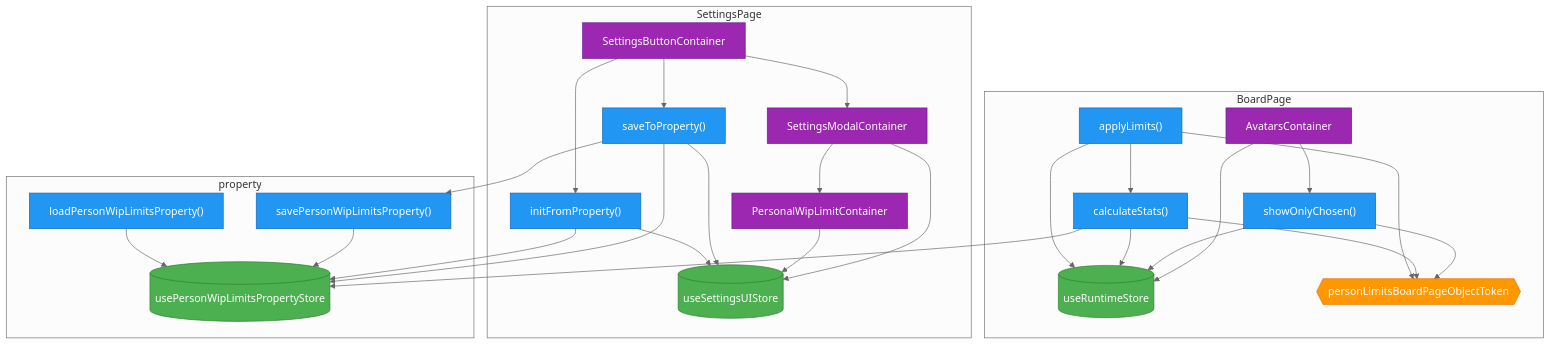
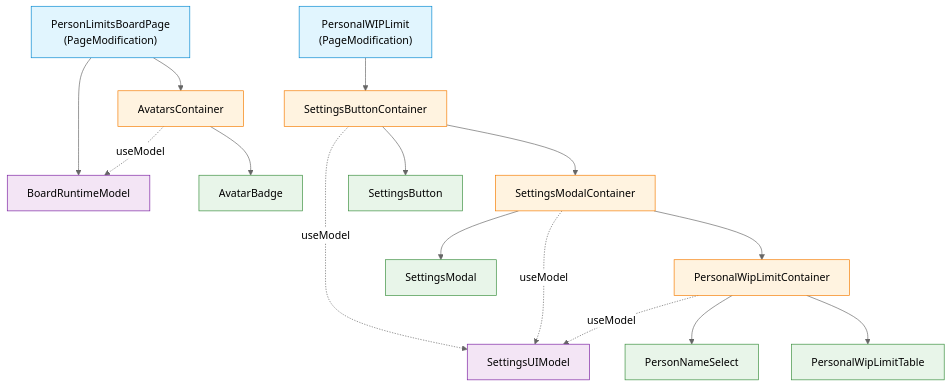
One commit to jira-helper/jira-helper changed the second of 2 diagrams in src/person-limits/ARCHITECTURE.md. Above: the diagram before and after it, drawn with Mermaid (neutral theme). The commit also changed other lines of this file and 99 other files, not shown here.

First line of the commit message:
[#230] [#230] refactor(person-limits): migrate from zustand to valtio Model + DI

````diff
--- a/src/person-limits/ARCHITECTURE.md
+++ b/src/person-limits/ARCHITECTURE.md
@@ -62,58 +109,27 @@
 ```mermaid
-flowchart TB
-    classDef store fill:#4CAF50,stroke:#2E7D32,color:#fff
-    classDef action fill:#2196F3,stroke:#1565C0,color:#fff
-    classDef token fill:#FF9800,stroke:#EF6C00,color:#fff
-    classDef container fill:#9C27B0,stroke:#6A1B9A,color:#fff
+graph TD
+    BP["PersonLimitsBoardPage<br/>(PageModification)"]:::entry
+    SP["PersonalWIPLimit<br/>(PageModification)"]:::entry
 
-    subgraph BoardPage["BoardPage"]
-        useRuntimeStore[("useRuntimeStore")]
-        applyLimits["applyLimits()"]
-        calculateStats["calculateStats()"]
-        showOnlyChosen["showOnlyChosen()"]
-        personLimitsBoardPageObjectToken{{"personLimitsBoardPageObjectToken"}}
-        AvatarsContainer["AvatarsContainer"]
-    end
-    subgraph SettingsPage["SettingsPage"]
-        useSettingsUIStore[("useSettingsUIStore")]
-        initFromProperty["initFromProperty()"]
-        saveToProperty["saveToProperty()"]
-        PersonalWipLimitContainer["PersonalWipLimitContainer"]
-        SettingsButtonContainer["SettingsButtonContainer"]
-        SettingsModalContainer["SettingsModalContainer"]
-    end
-    subgraph property["property"]
-        usePersonWipLimitsPropertyStore[("usePersonWipLimitsPropertyStore")]
-        loadPersonWipLimitsProperty["loadPersonWipLimitsProperty()"]
-        savePersonWipLimitsProperty["savePersonWipLimitsProperty()"]
-    end
+    BP --> RM["BoardRuntimeModel"]:::model
+    BP --> AvatarsC["AvatarsContainer"]:::container
+    AvatarsC --> AB["AvatarBadge"]:::view
+    AvatarsC -.->|useModel| RM
 
-    applyLimits --> personLimitsBoardPageObjectToken
-    applyLimits --> useRuntimeStore
-    applyLimits --> calculateStats
-    calculateStats --> personLimitsBoardPageObjectToken
-    calculateStats --> useRuntimeStore
-    calculateStats --> usePersonWipLimitsPropertyStore
-    showOnlyChosen --> personLimitsBoardPageObjectToken
-    showOnlyChosen --> useRuntimeStore
-    AvatarsContainer --> useRuntimeStore
-    AvatarsContainer --> showOnlyChosen
-    initFromProperty --> usePersonWipLimitsPropertyStore
-    initFromProperty --> useSettingsUIStore
-    saveToProperty --> savePersonWipLimitsProperty
-    saveToProperty --> usePersonWipLimitsPropertyStore
-    saveToProperty --> useSettingsUIStore
-    PersonalWipLimitContainer --> useSettingsUIStore
-    SettingsButtonContainer --> SettingsModalContainer
-    SettingsButtonContainer --> initFromProperty
-    SettingsButtonContainer --> saveToProperty
-    SettingsModalContainer --> PersonalWipLimitContainer
-    SettingsModalContainer --> useSettingsUIStore
-    loadPersonWipLimitsProperty --> usePersonWipLimitsPropertyStore
-    savePersonWipLimitsProperty --> usePersonWipLimitsPropertyStore
+    SP --> SBC["SettingsButtonContainer"]:::container
+    SBC --> SMC["SettingsModalContainer"]:::container
+    SMC --> PLC["PersonalWipLimitContainer"]:::container
+    SBC --> SB["SettingsButton"]:::view
+    SMC --> SM["SettingsModal"]:::view
+    PLC --> PLT["PersonalWipLimitTable"]:::view
+    PLC --> PNS["PersonNameSelect"]:::view
 
-    class useRuntimeStore,useSettingsUIStore,usePersonWipLimitsPropertyStore store
-    class applyLimits,calculateStats,showOnlyChosen,initFromProperty,saveToProperty,loadPersonWipLimitsProperty,savePersonWipLimitsProperty action
-    class personLimitsBoardPageObjectToken token
-    class AvatarsContainer,PersonalWipLimitContainer,SettingsButtonContainer,SettingsModalContainer container
+    SBC -.->|useModel| UIModel["SettingsUIModel"]:::model
+    SMC -.->|useModel| UIModel
+    PLC -.->|useModel| UIModel
+
+    classDef entry fill:#e1f5fe,stroke:#0288d1,color:black
+    classDef container fill:#fff3e0,stroke:#f57c00,color:black
+    classDef view fill:#e8f5e9,stroke:#388e3c,color:black
+    classDef model fill:#f3e5f5,stroke:#7b1fa2,color:black
 ```
````
